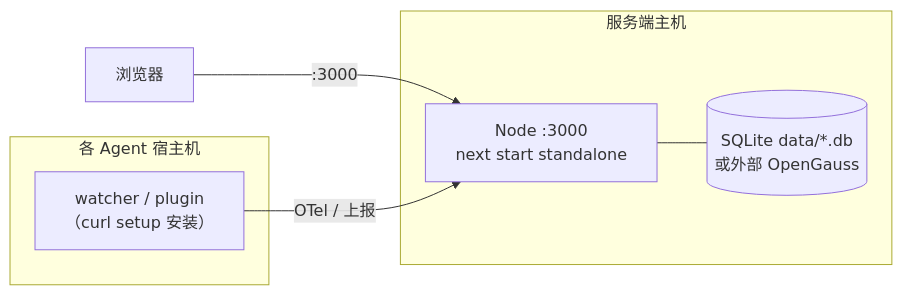
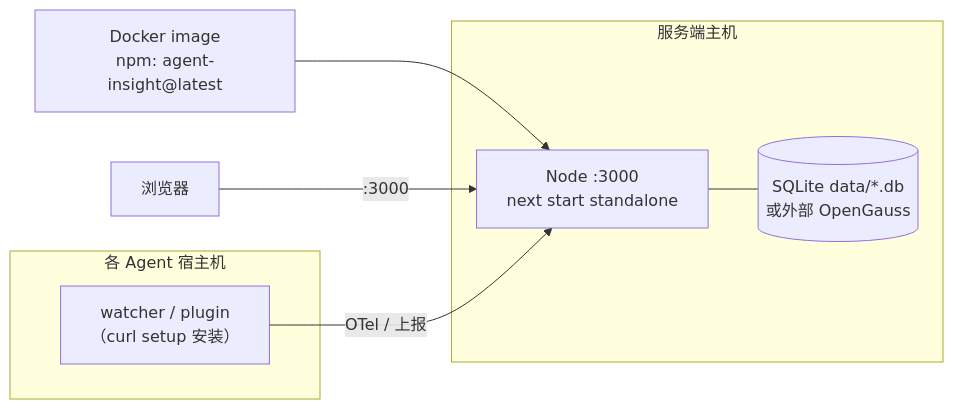
Before and after one commit to openeuler-mirror/agent-insight: the fifth of 5 diagrams in docs/developer-guide/01-architecture.md, drawn with Mermaid. The commit also changed other lines of this file and 36 other files, not shown here.

````diff
--- a/docs/developer-guide/01-architecture.md
+++ b/docs/developer-guide/01-architecture.md
@@ -277,13 +278,14 @@
 ```mermaid
 flowchart LR
     subgraph server["服务端主机"]
         proc["Node :3000<br/>next start standalone"]
         sqlite[("SQLite data/*.db<br/>或外部 OpenGauss")]
         proc --- sqlite
     end
+    image["Docker image<br/>npm: agent-insight@latest"] --> proc
     subgraph agents["各 Agent 宿主机"]
         w["watcher / plugin<br/>（curl setup 安装）"]
     end
     browser["浏览器"] -->|:3000| proc
     w -->|OTel / 上报| proc
 ```
````
